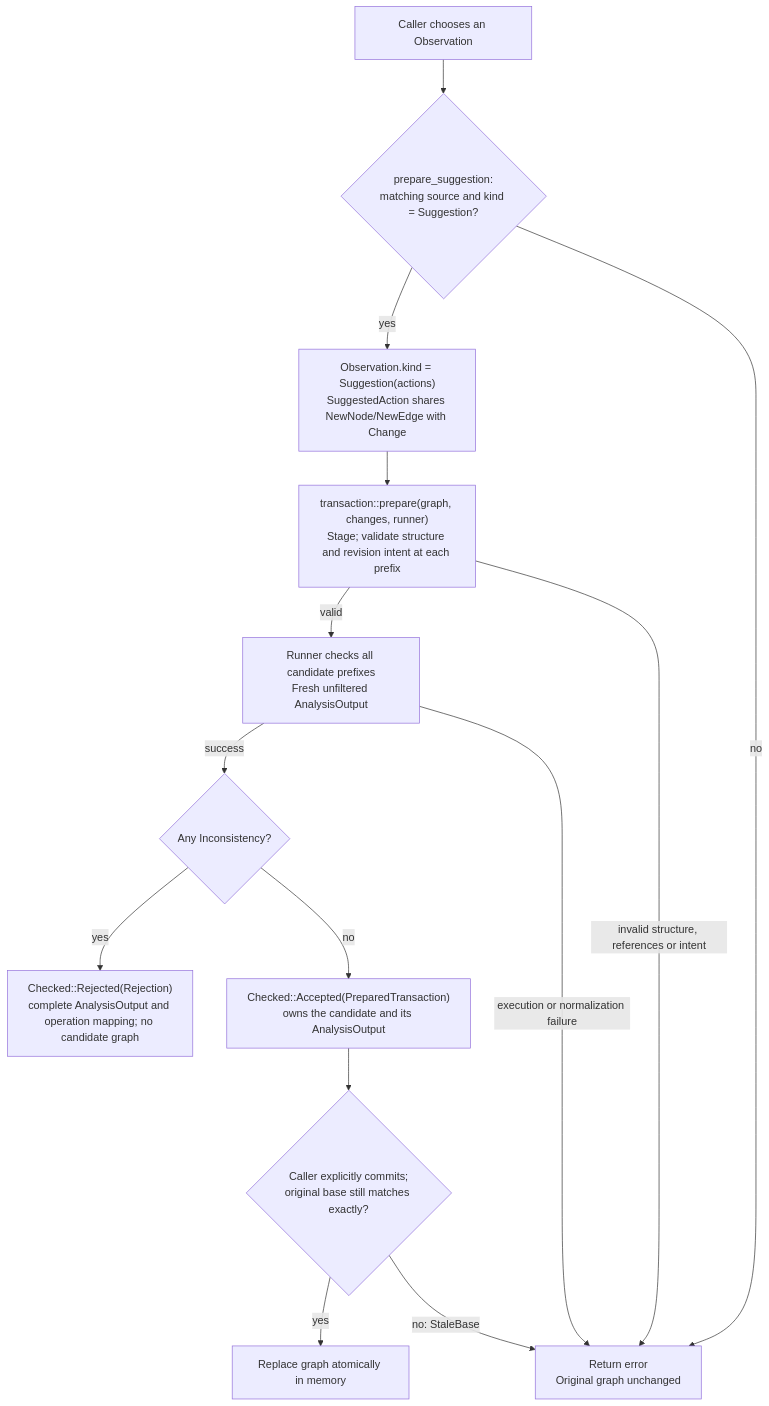
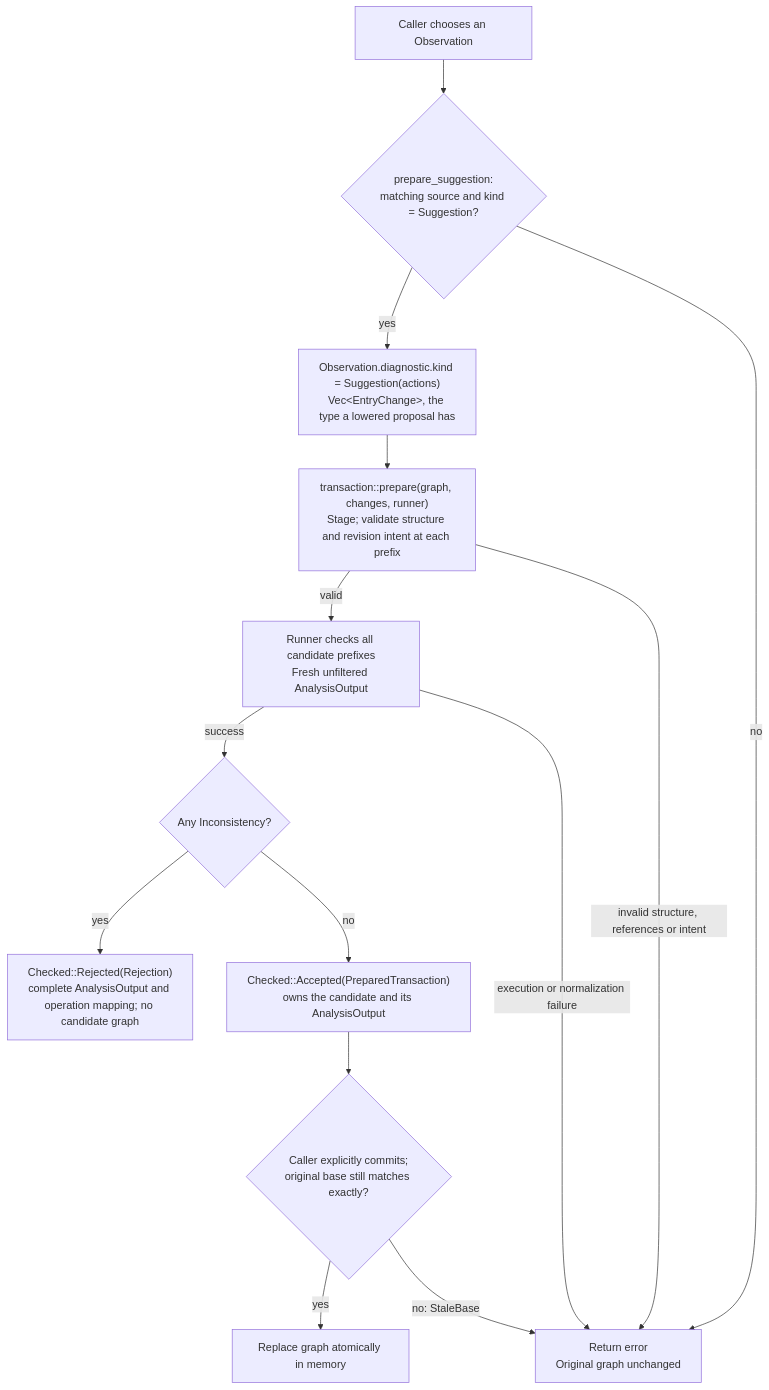
One commit to RezaOnGithub/lifecore changed the third of 3 diagrams in docs/MESSAGES.md. Above: the diagram before and after it, drawn with Mermaid. The commit also changed other lines of this file and 5 other files, not shown here.

````diff
--- a/docs/MESSAGES.md
+++ b/docs/MESSAGES.md
@@ -192,26 +195,26 @@
 ```mermaid
 flowchart TD
     O["Caller chooses an Observation"]
     S{"prepare_suggestion:<br/>matching source and kind = Suggestion?"}
-    A["Observation.kind = Suggestion(actions)<br/>SuggestedAction shares NewNode/NewEdge with Change"]
+    A["Observation.diagnostic.kind = Suggestion(actions)<br/>Vec&lt;EntryChange&gt;, the type a lowered proposal has"]
     P["transaction::prepare(graph, changes, runner)<br/>Stage; validate structure and revision intent at each prefix"]
     R["Runner checks all candidate prefixes<br/>Fresh unfiltered AnalysisOutput"]
     G{"Any Inconsistency?"}
     J["Checked::Rejected(Rejection)<br/>complete AnalysisOutput and operation mapping; no candidate graph"]
     T["Checked::Accepted(PreparedTransaction)<br/>owns the candidate and its AnalysisOutput"]
     C{"Caller explicitly commits;<br/>original base still matches exactly?"}
     OK["Replace graph atomically in memory"]
     E["Return error<br/>Original graph unchanged"]
 
     O --> S
     S -->|yes| A --> P
     S -->|no| E
     P -->|valid| R
     P -->|invalid structure, references or intent| E
     R -->|success| G
     R -->|execution or normalization failure| E
     G -->|yes| J
     G -->|no| T --> C
     C -->|yes| OK
     C -->|no: StaleBase| E
 ```
````
